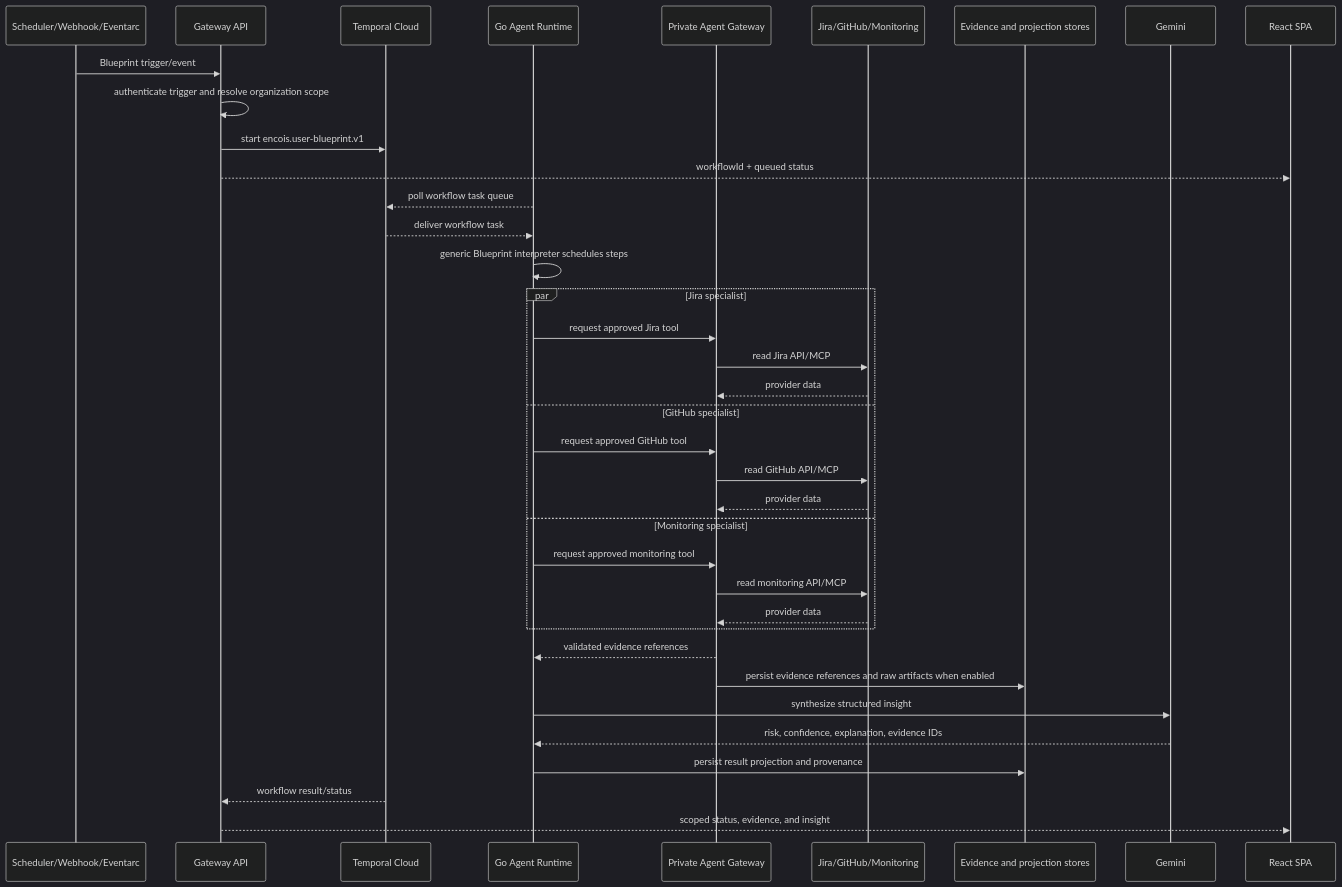
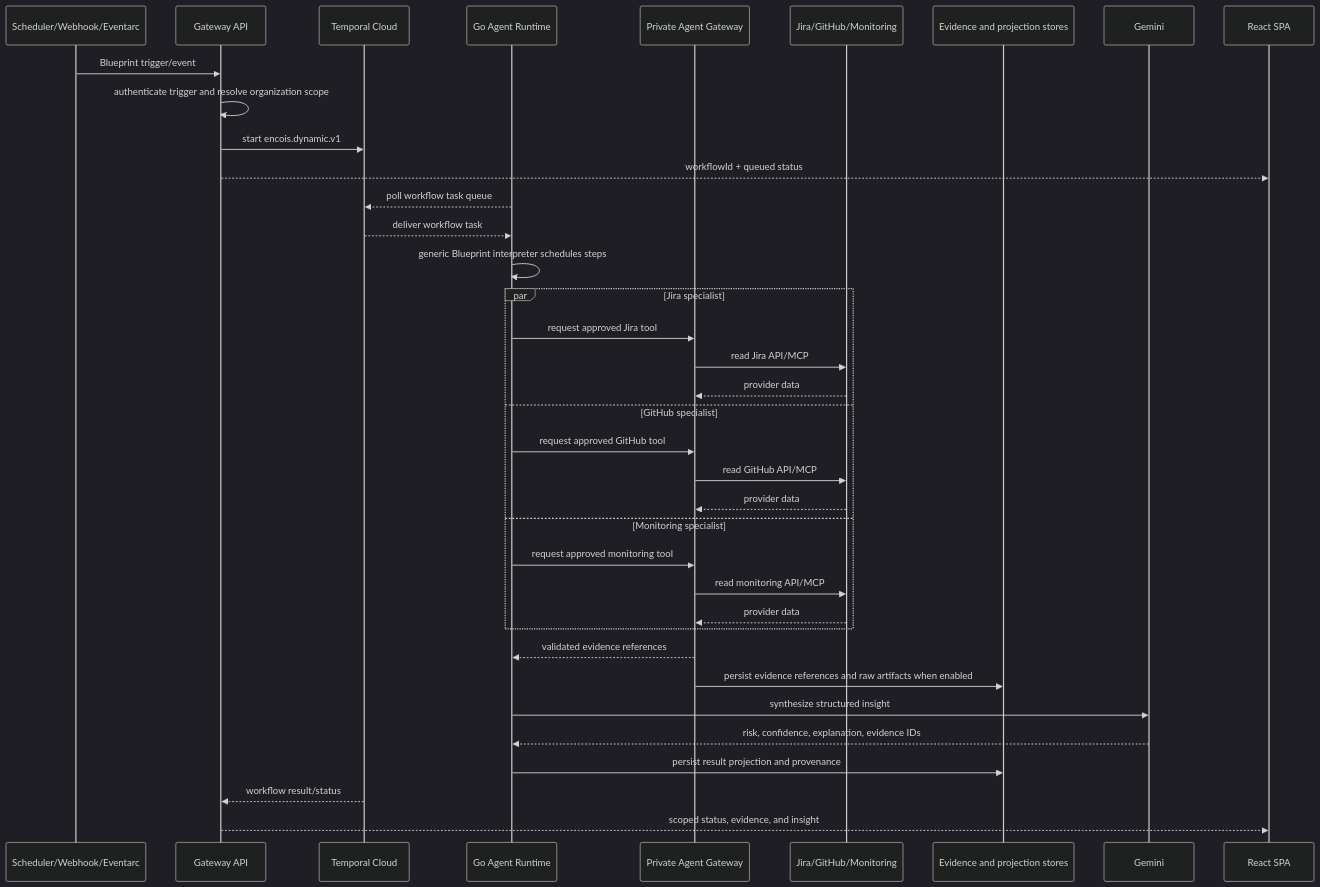
Before and after one commit to andriishupta/encois: the fourth of 5 diagrams in docs/flows.md, drawn with Mermaid (dark theme). The commit also changed other lines of this file and 116 other files, not shown here.

Commit message:
feat: dynamic temporal

````diff
--- a/docs/flows.md
+++ b/docs/flows.md
@@ -394,42 +396,42 @@
 ```mermaid
 sequenceDiagram
     participant Trigger as Scheduler/Webhook/Eventarc
     participant API as Gateway API
     participant Temporal as Temporal Cloud
     participant Runtime as Go Agent Runtime
     participant Gateway as Private Agent Gateway
     participant Sources as Jira/GitHub/Monitoring
     participant Data as Evidence and projection stores
     participant Gemini as Gemini
     participant UI as React SPA
 
     Trigger->>API: Blueprint trigger/event
     API->>API: authenticate trigger and resolve organization scope
-    API->>Temporal: start encois.user-blueprint.v1
+    API->>Temporal: start encois.dynamic.v1
     API-->>UI: workflowId + queued status
     Runtime-->>Temporal: poll workflow task queue
     Temporal-->>Runtime: deliver workflow task
     Runtime->>Runtime: generic Blueprint interpreter schedules steps
 
     par Jira specialist
         Runtime->>Gateway: request approved Jira tool
         Gateway->>Sources: read Jira API/MCP
         Sources-->>Gateway: provider data
     and GitHub specialist
         Runtime->>Gateway: request approved GitHub tool
         Gateway->>Sources: read GitHub API/MCP
         Sources-->>Gateway: provider data
     and Monitoring specialist
         Runtime->>Gateway: request approved monitoring tool
         Gateway->>Sources: read monitoring API/MCP
         Sources-->>Gateway: provider data
     end
 
     Gateway-->>Runtime: validated evidence references
     Gateway->>Data: persist evidence references and raw artifacts when enabled
     Runtime->>Gemini: synthesize structured insight
     Gemini-->>Runtime: risk, confidence, explanation, evidence IDs
     Runtime->>Data: persist result projection and provenance
     Temporal-->>API: workflow result/status
     API-->>UI: scoped status, evidence, and insight
 ```
````
